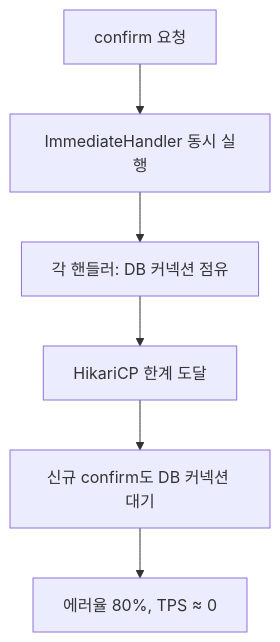
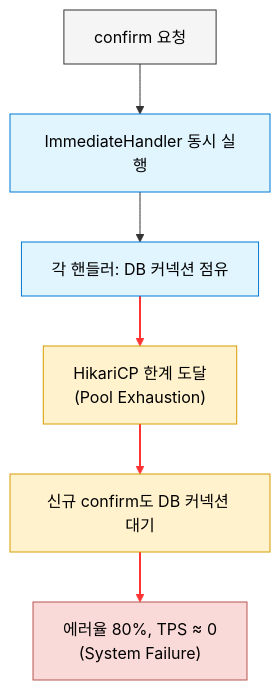
Before and after one commit to hyoguoo/hyoguoo.github.io: the fourth of 8 diagrams in src/content/docs/blog/async-payment-flow.md, drawn with Mermaid. The commit also changed other lines of this file and 7 other files, not shown here.

Commit message:
mod: 일부 다이어그램 사진에서 mermaid로 변경

````diff
--- a/src/content/docs/blog/async-payment-flow.md
+++ b/src/content/docs/blog/async-payment-flow.md
@@ -209,8 +222,17 @@
 ```mermaid
 graph TD
-    A["confirm 요청"] --> B["ImmediateHandler 동시 실행"]
-    B --> C["각 핸들러: DB 커넥션 점유"]
-    C --> D["HikariCP 한계 도달"]
-    D --> E["신규 confirm도 DB 커넥션 대기"]
-    E --> F["에러율 80%, TPS ≈ 0"]
+%% 클래스 정의 (가독성 및 장애 단계 구분)
+    classDef main fill: #E1F5FF, stroke: #0078D4, color: #000
+    classDef pending fill: #FFF2CC, stroke: #D79B00, color: #000
+    classDef external fill: #F5F5F5, stroke: #333, color: #000
+    classDef recovery fill: #FADAD8, stroke: #B85450, color: #000
+    A["confirm 요청"]:::external --> B["ImmediateHandler 동시 실행"]:::main
+    B --> C["각 핸들러: DB 커넥션 점유"]:::main
+%% 장애 가속 구간
+    C --> D["HikariCP 한계 도달<br/>(Pool Exhaustion)"]:::pending
+    D --> E["신규 confirm도 DB 커넥션 대기"]:::pending
+%% 최종 장애 상태
+    E --> F["에러율 80%, TPS ≈ 0<br/>(System Failure)"]:::recovery
+%% 위험 흐름 강조
+    linkStyle 2,3,4 stroke: #FF3333, stroke-width: 2px
 ```
````
